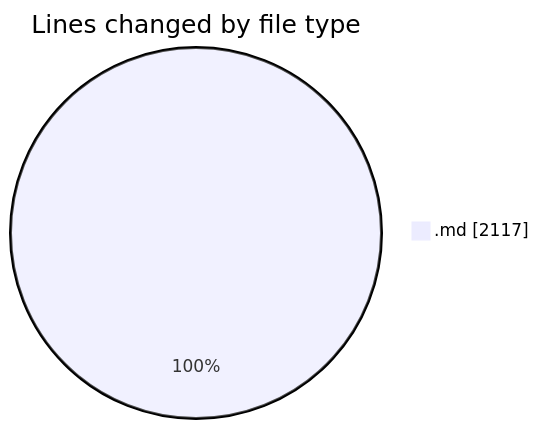
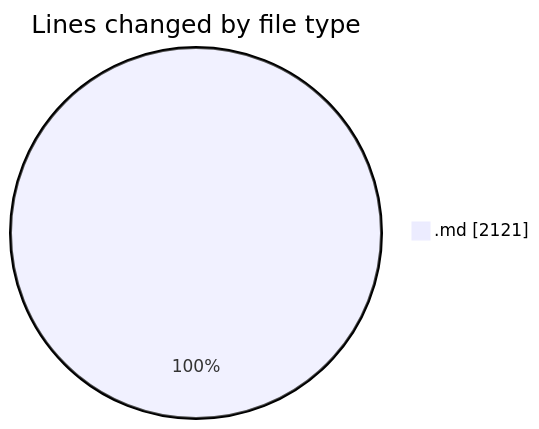
One commit to Ritupan-Deka/code-tracking changed the first of 2 diagrams in 2025-07-07/urlwebwala_intership_work/README.md. Above: the diagram before and after it, drawn with Mermaid. The commit also changed other lines of this file and 1 other file, not shown here.

````diff
--- a/2025-07-07/urlwebwala_intership_work/README.md
+++ b/2025-07-07/urlwebwala_intership_work/README.md
@@ -22,5 +22,5 @@
 ```mermaid
 pie showData
 title Lines changed by file type
-".md" : 2117
+".md" : 2121
 ```
````
